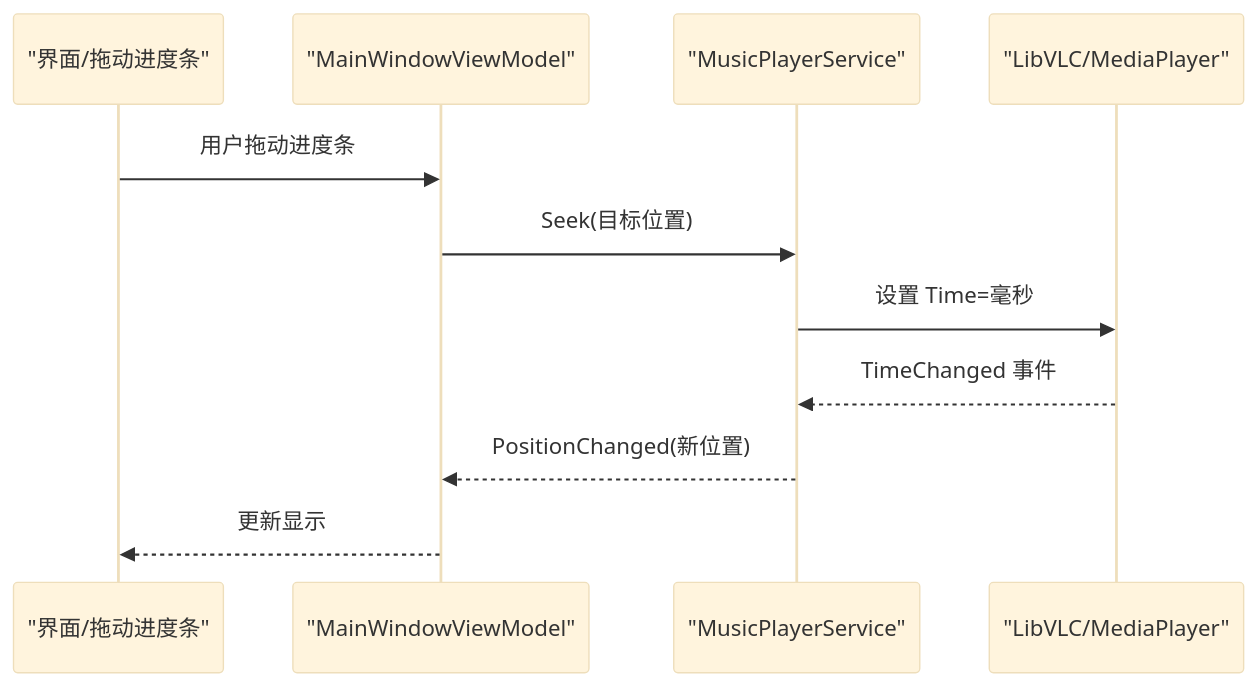
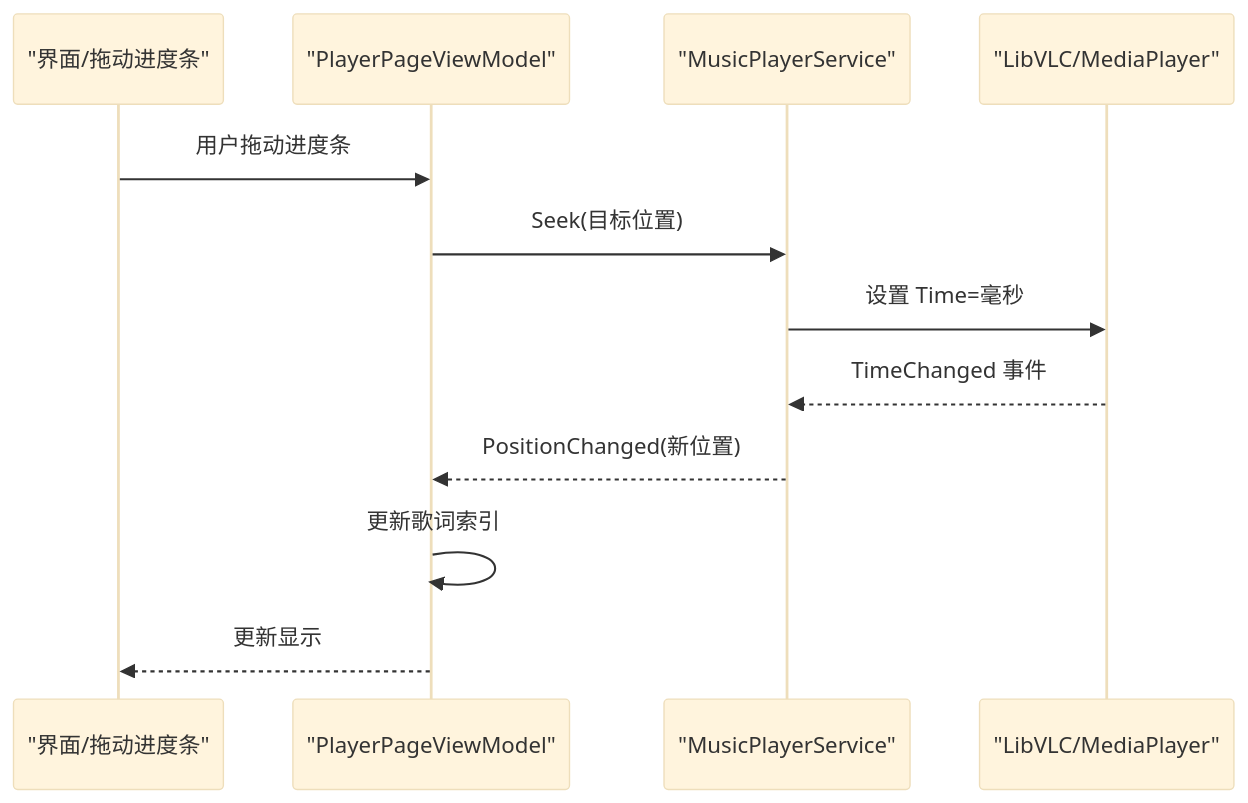
The sixth of 12 diagrams in .qoder/repowiki/zh/content/核心服务层/音频播放服务.md (mariamjensen42-glitch/LocalMusicPlayer), drawn with Mermaid (base theme) before and after one commit. The commit also changed other lines of this file and 23 other files, not shown here.

````diff
--- a/.qoder/repowiki/zh/content/核心服务层/音频播放服务.md
+++ b/.qoder/repowiki/zh/content/核心服务层/音频播放服务.md
@@ -274,13 +306,14 @@
 ```mermaid
 sequenceDiagram
 participant UI as "界面/拖动进度条"
-participant VM as "MainWindowViewModel"
+participant PPVM as "PlayerPageViewModel"
 participant MPS as "MusicPlayerService"
 participant VLC as "LibVLC/MediaPlayer"
-UI->>VM : 用户拖动进度条
-VM->>MPS : Seek(目标位置)
+UI->>PPVM : 用户拖动进度条
+PPVM->>MPS : Seek(目标位置)
 MPS->>VLC : 设置 Time=毫秒
 VLC-->>MPS : TimeChanged 事件
-MPS-->>VM : PositionChanged(新位置)
-VM-->>UI : 更新显示
+MPS-->>PPVM : PositionChanged(新位置)
+PPVM->>PPVM : 更新歌词索引
+PPVM-->>UI : 更新显示
 ```
````
